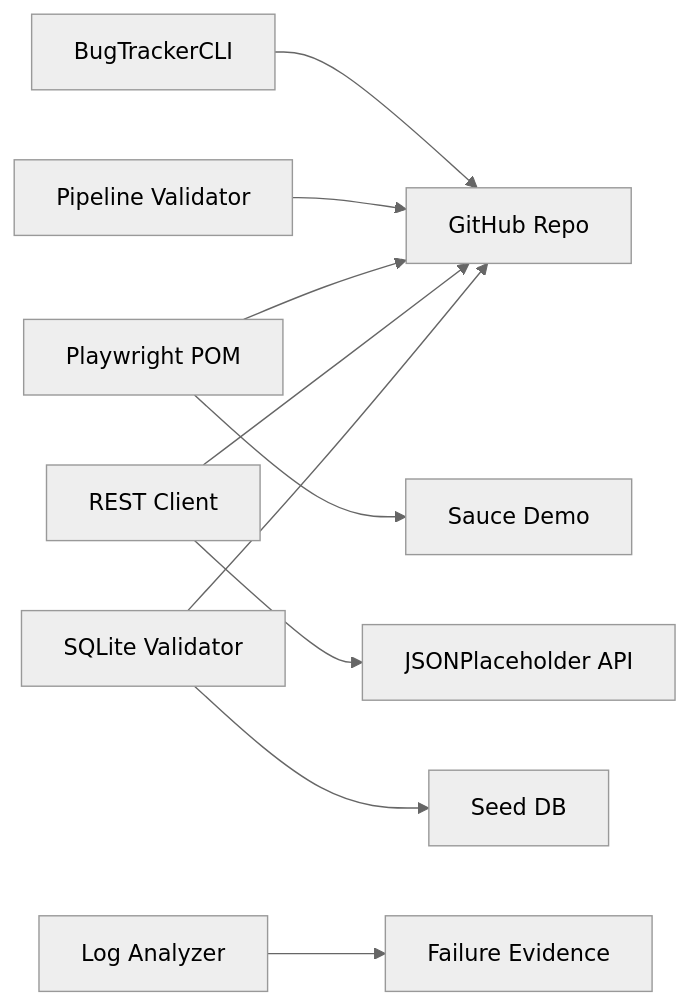
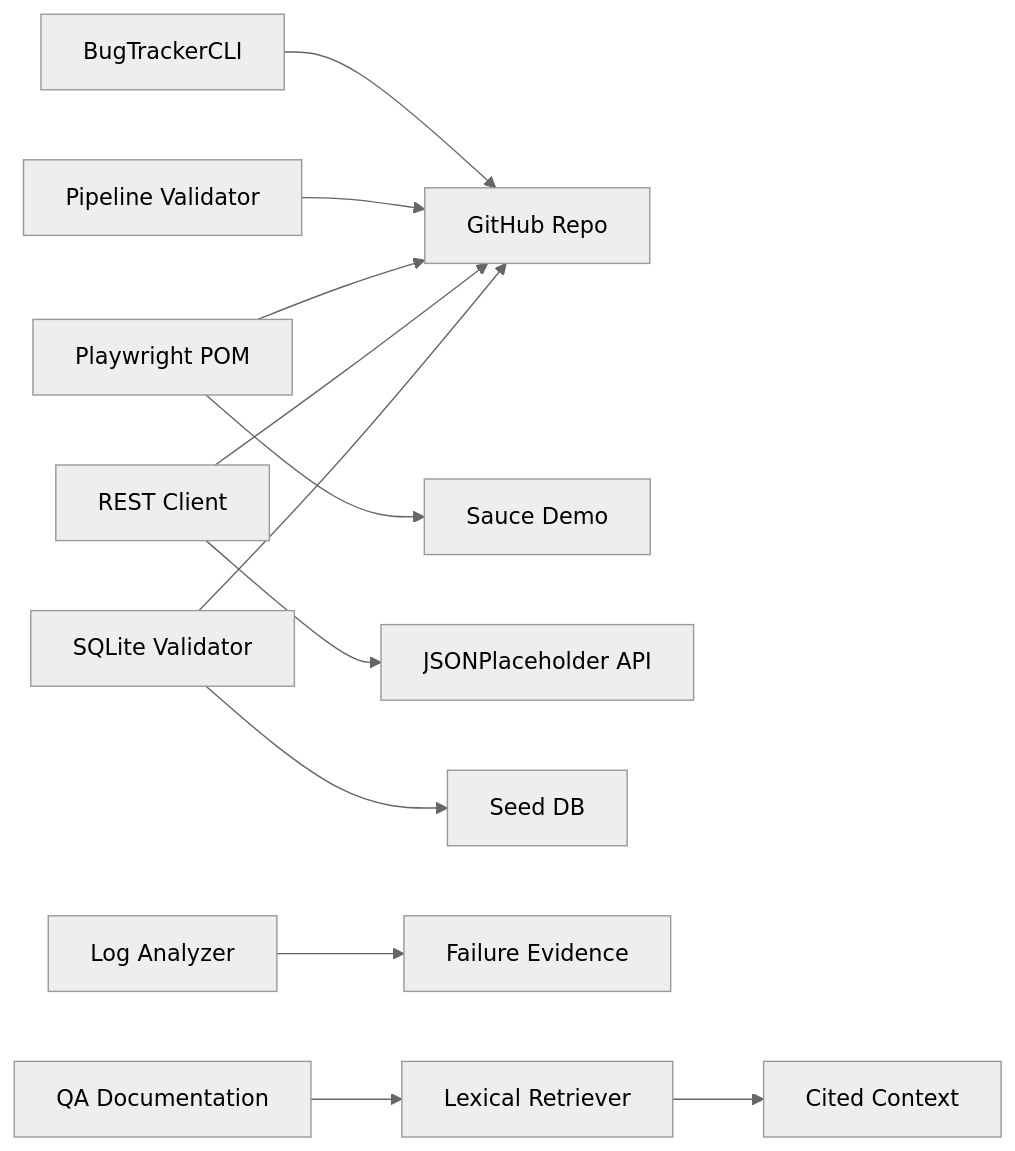
Before and after one commit to saptayh-8910/qa-compliance-sentry: the diagram in README.md, drawn with Mermaid (neutral theme). The commit also changed other lines of this file and 14 other files, not shown here.

````diff
--- a/README.md
+++ b/README.md
@@ -36,12 +40,14 @@
 ```mermaid
 flowchart LR
   CLI[BugTrackerCLI] --> Repo[GitHub Repo]
   PW[Playwright POM] --> Sauce[Sauce Demo]
   API[REST Client] --> JSON[JSONPlaceholder API]
   DB[SQLite Validator] --> Seed[Seed DB]
   LOG[Log Analyzer] --> Evidence[Failure Evidence]
   PIPE[Pipeline Validator] --> Repo
+  DOCS[QA Documentation] --> RAG[Lexical Retriever]
+  RAG --> CTX[Cited Context]
   PW --> Repo
   API --> Repo
   DB --> Repo
 ```
````
